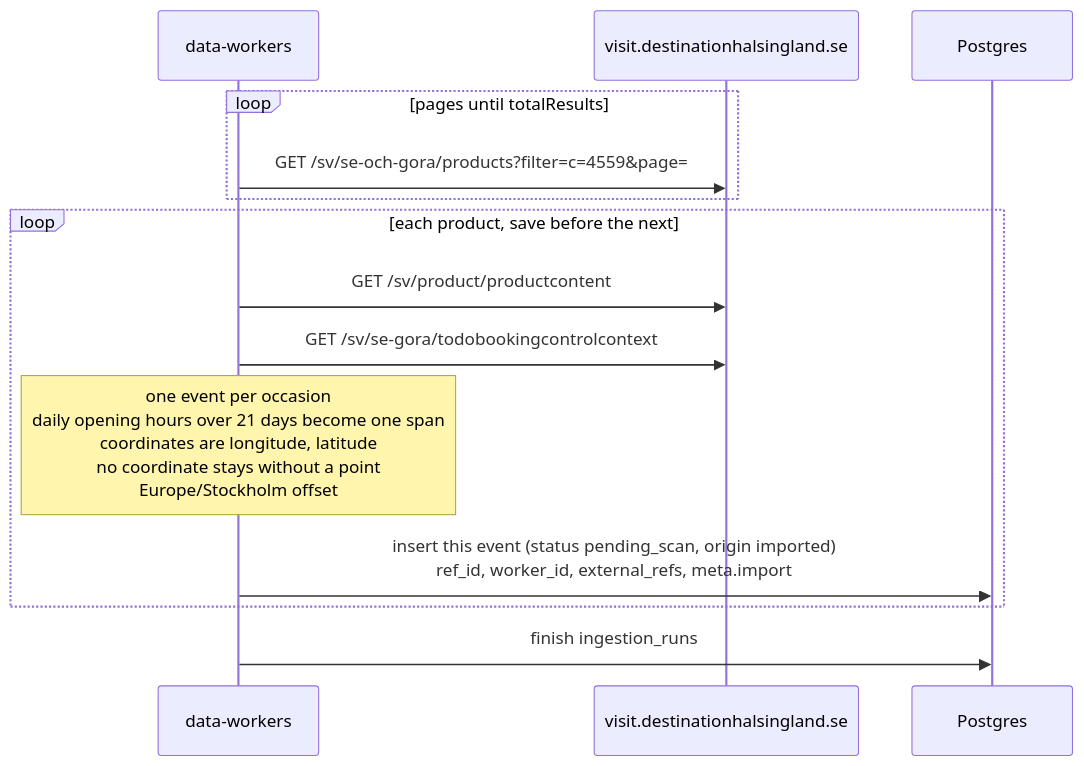
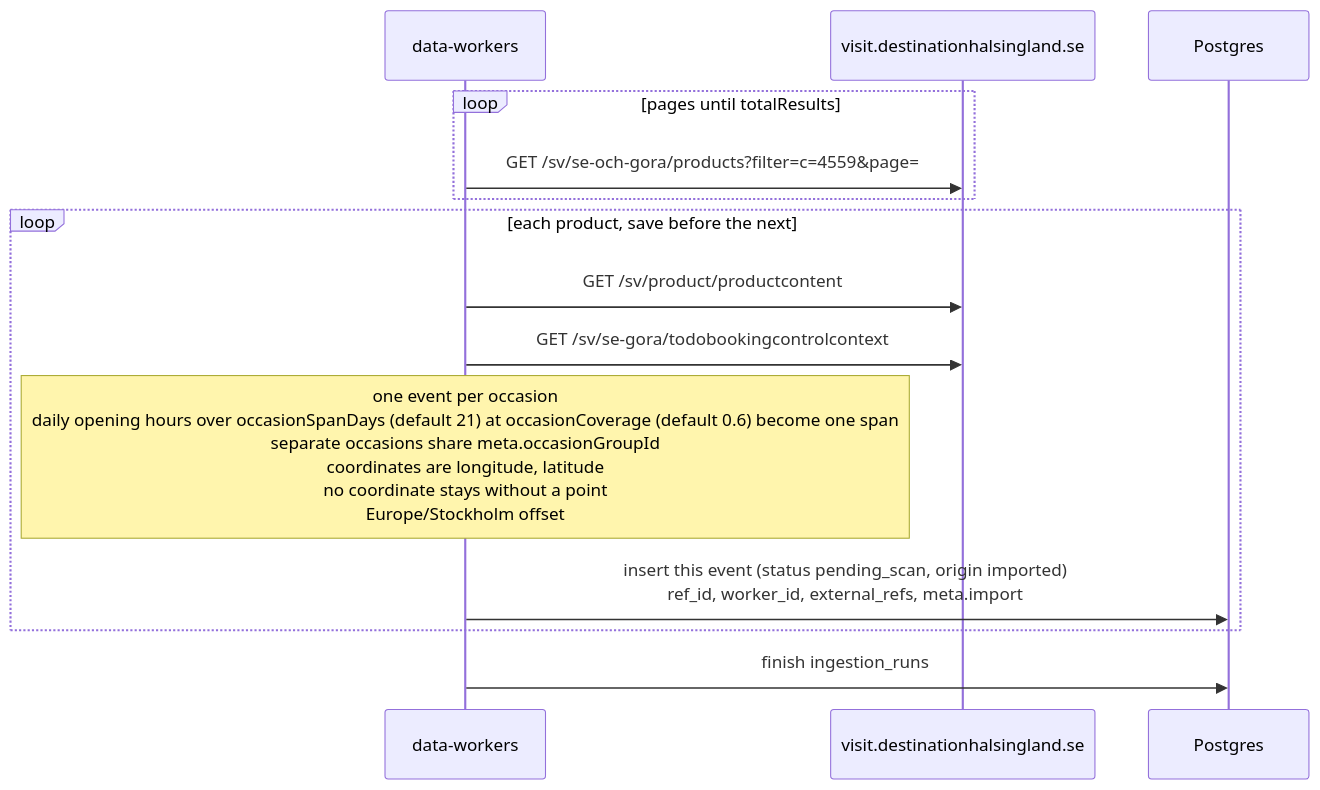
Before and after one commit to BradleySmallbottoms/evently: the diagram in docs/flows/destination-halsingland.md, drawn with Mermaid. The commit also changed other lines of this file and 19 other files, not shown here.

````diff
--- a/docs/flows/destination-halsingland.md
+++ b/docs/flows/destination-halsingland.md
@@ -36,17 +38,17 @@
 ```mermaid
 sequenceDiagram
   participant Runner as data-workers
   participant Site as visit.destinationhalsingland.se
   participant DB as Postgres
 
   loop pages until totalResults
     Runner->>Site: GET /sv/se-och-gora/products?filter=c=4559&page=
   end
   loop each product, save before the next
     Runner->>Site: GET /sv/product/productcontent
     Runner->>Site: GET /sv/se-gora/todobookingcontrolcontext
-    Note over Runner: one event per occasion<br/>daily opening hours over 21 days become one span<br/>coordinates are longitude, latitude<br/>no coordinate stays without a point<br/>Europe/Stockholm offset
+    Note over Runner: one event per occasion<br/>daily opening hours over occasionSpanDays (default 21) at occasionCoverage (default 0.6) become one span<br/>separate occasions share meta.occasionGroupId<br/>coordinates are longitude, latitude<br/>no coordinate stays without a point<br/>Europe/Stockholm offset
     Runner->>DB: insert this event (status pending_scan, origin imported)<br/>ref_id, worker_id, external_refs, meta.import
   end
   Runner->>DB: finish ingestion_runs
 ```
````
